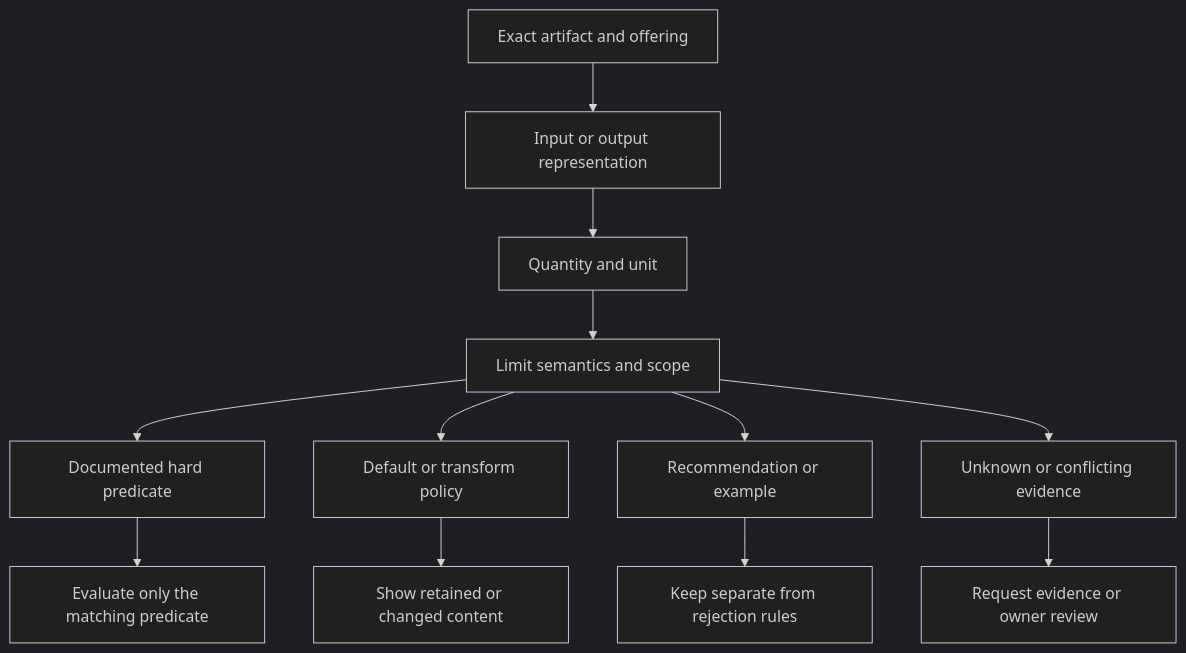
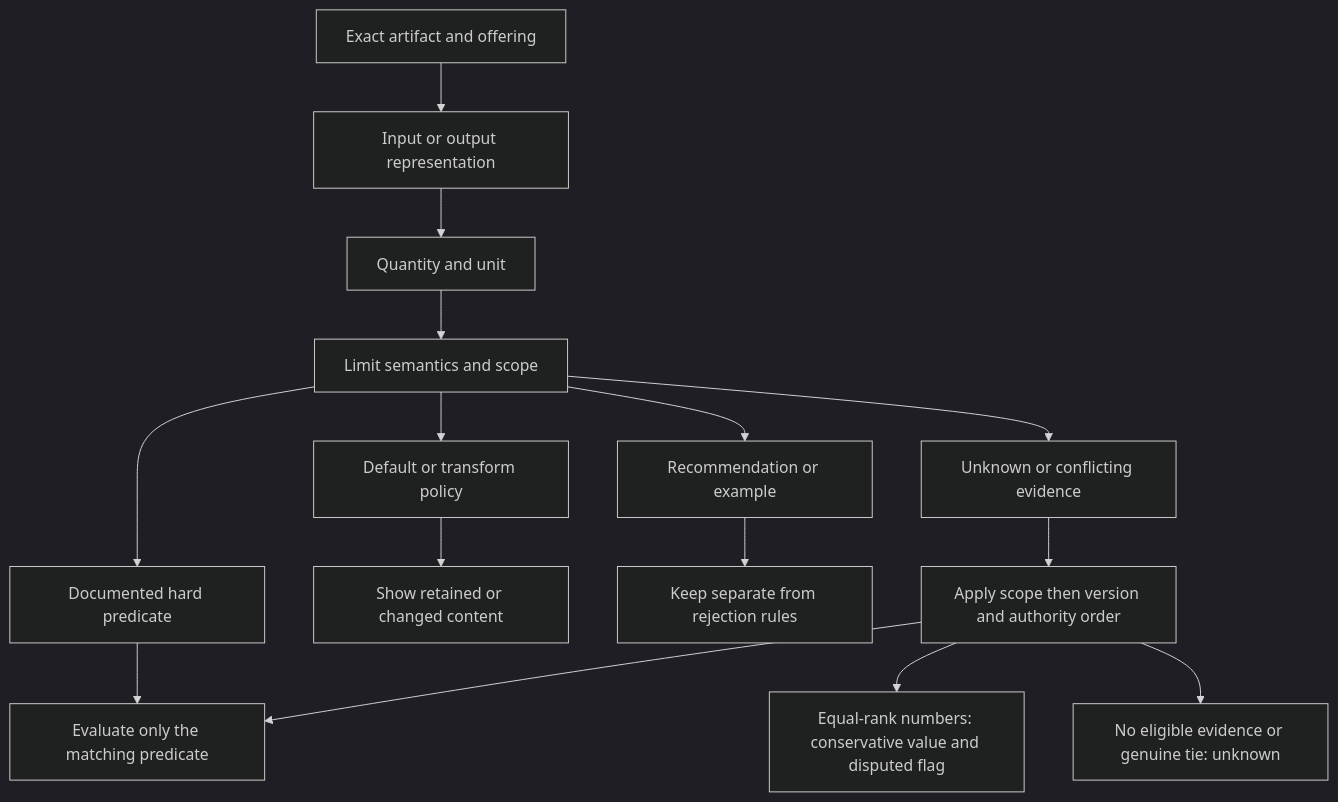
The diagram in research/T1-model-selection/nontext-selection-limits.md (Pick-Your-AI/pick-your-ai-research), drawn with Mermaid (dark theme) before and after one commit. The commit also changed other lines of this file and 1 other file, not shown here.

Commit message:
docs: resolve review findings on research draft 123

````diff
--- a/research/T1-model-selection/nontext-selection-limits.md
+++ b/research/T1-model-selection/nontext-selection-limits.md
@@ -27,14 +27,17 @@
 ```mermaid
 flowchart TD
     I[Exact artifact and offering] --> R[Input or output representation]
     R --> U[Quantity and unit]
     U --> S[Limit semantics and scope]
     S --> H[Documented hard predicate]
     S --> T[Default or transform policy]
     S --> G[Recommendation or example]
     S --> X[Unknown or conflicting evidence]
     H --> C[Evaluate only the matching predicate]
     T --> D[Show retained or changed content]
     G --> Q[Keep separate from rejection rules]
-    X --> V[Request evidence or owner review]
+    X --> V[Apply scope then version and authority order]
+    V --> C
+    V --> N[Equal-rank numbers: conservative value and disputed flag]
+    V --> M[No eligible evidence or genuine tie: unknown]
 ```
````
